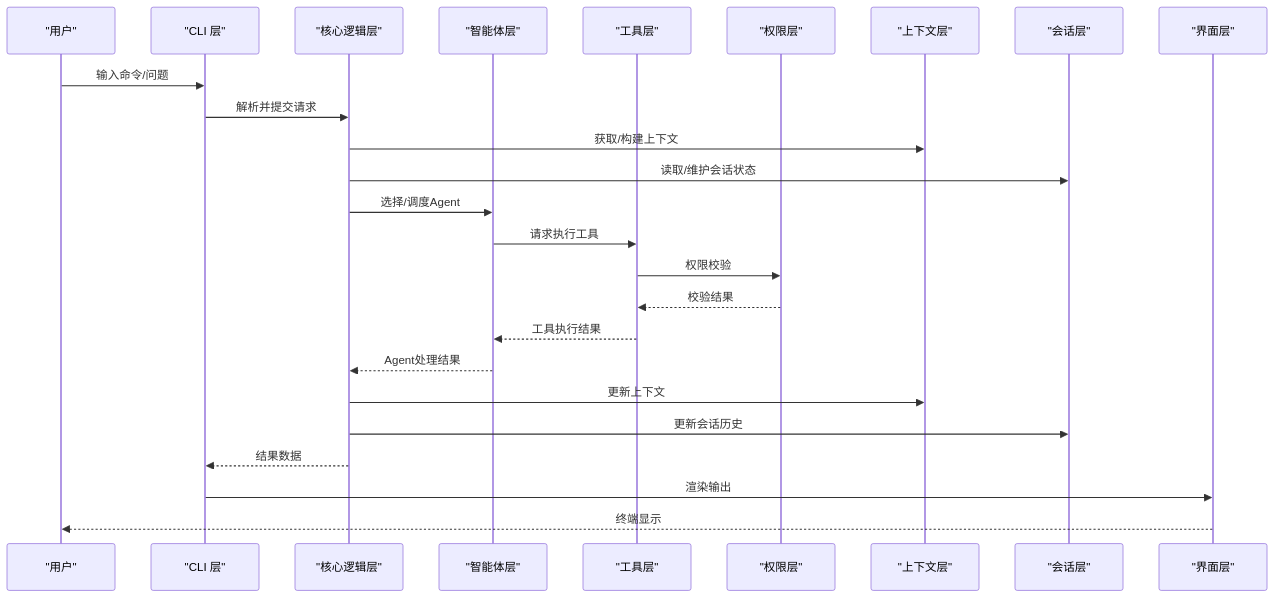
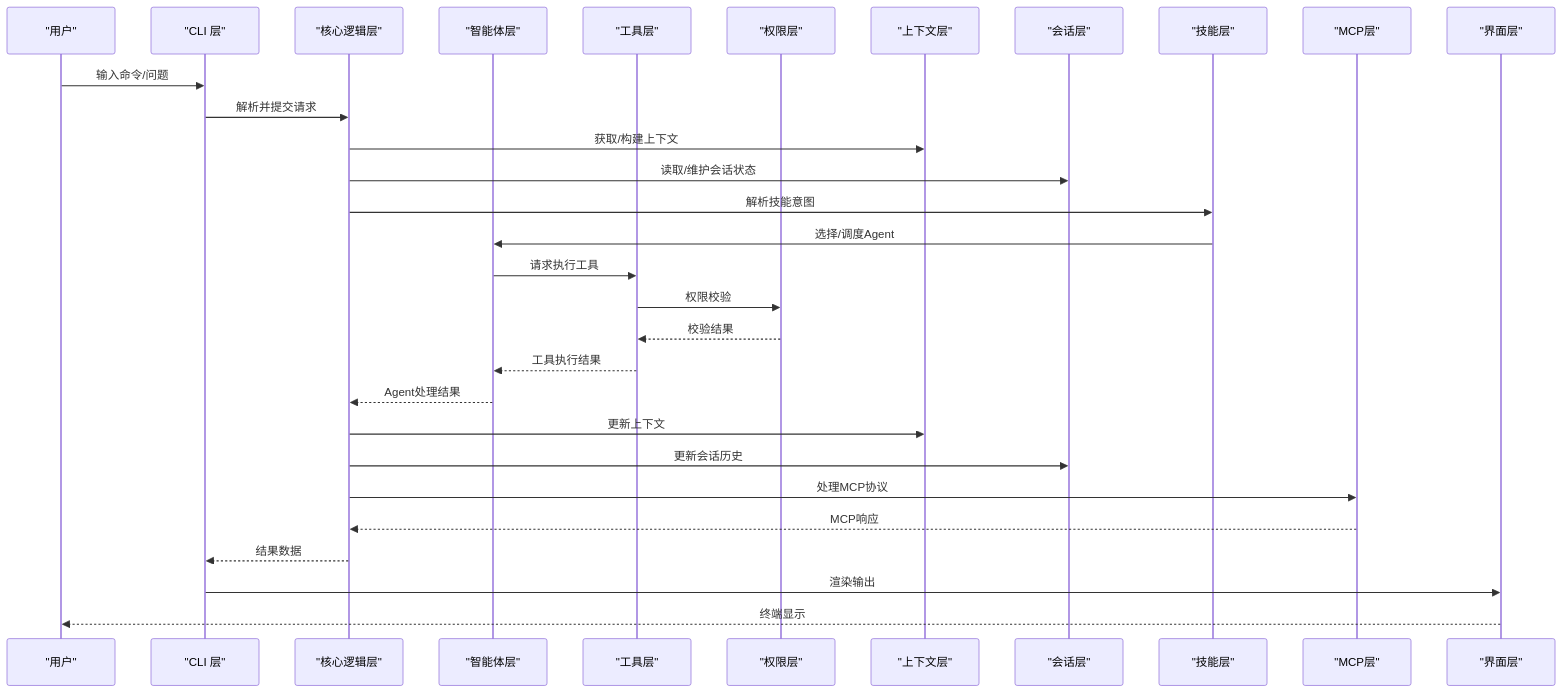
Before and after one commit to SSZero-670/easy-agent-cli: the second of 12 diagrams in .qoder/repowiki/zh/content/API参考/核心逻辑API.md, drawn with Mermaid. The commit also changed other lines of this file and 9 other files, not shown here.

````diff
--- a/.qoder/repowiki/zh/content/API参考/核心逻辑API.md
+++ b/.qoder/repowiki/zh/content/API参考/核心逻辑API.md
@@ -109,27 +120,32 @@
 ```mermaid
 sequenceDiagram
 participant U as "用户"
 participant CLI as "CLI 层"
 participant CORE as "核心逻辑层"
 participant AG as "智能体层"
 participant T as "工具层"
 participant P as "权限层"
 participant C as "上下文层"
 participant S as "会话层"
+participant SK as "技能层"
+participant M as "MCP层"
 participant UI as "界面层"
 U->>CLI : 输入命令/问题
 CLI->>CORE : 解析并提交请求
 CORE->>C : 获取/构建上下文
 CORE->>S : 读取/维护会话状态
-CORE->>AG : 选择/调度Agent
+CORE->>SK : 解析技能意图
+SK->>AG : 选择/调度Agent
 AG->>T : 请求执行工具
 T->>P : 权限校验
 P-->>T : 校验结果
 T-->>AG : 工具执行结果
 AG-->>CORE : Agent处理结果
 CORE->>C : 更新上下文
 CORE->>S : 更新会话历史
+CORE->>M : 处理MCP协议
+M-->>CORE : MCP响应
 CORE-->>CLI : 结果数据
 CLI->>UI : 渲染输出
 UI-->>U : 终端显示
 ```
````
